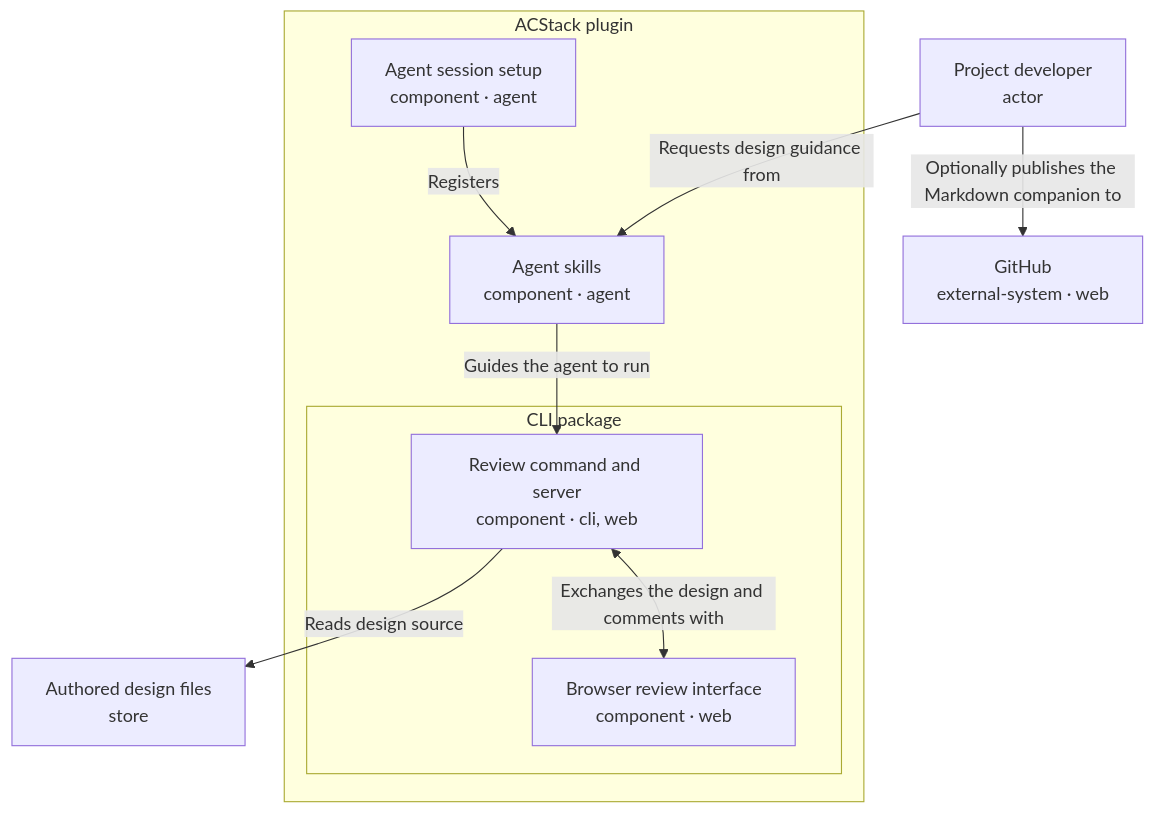
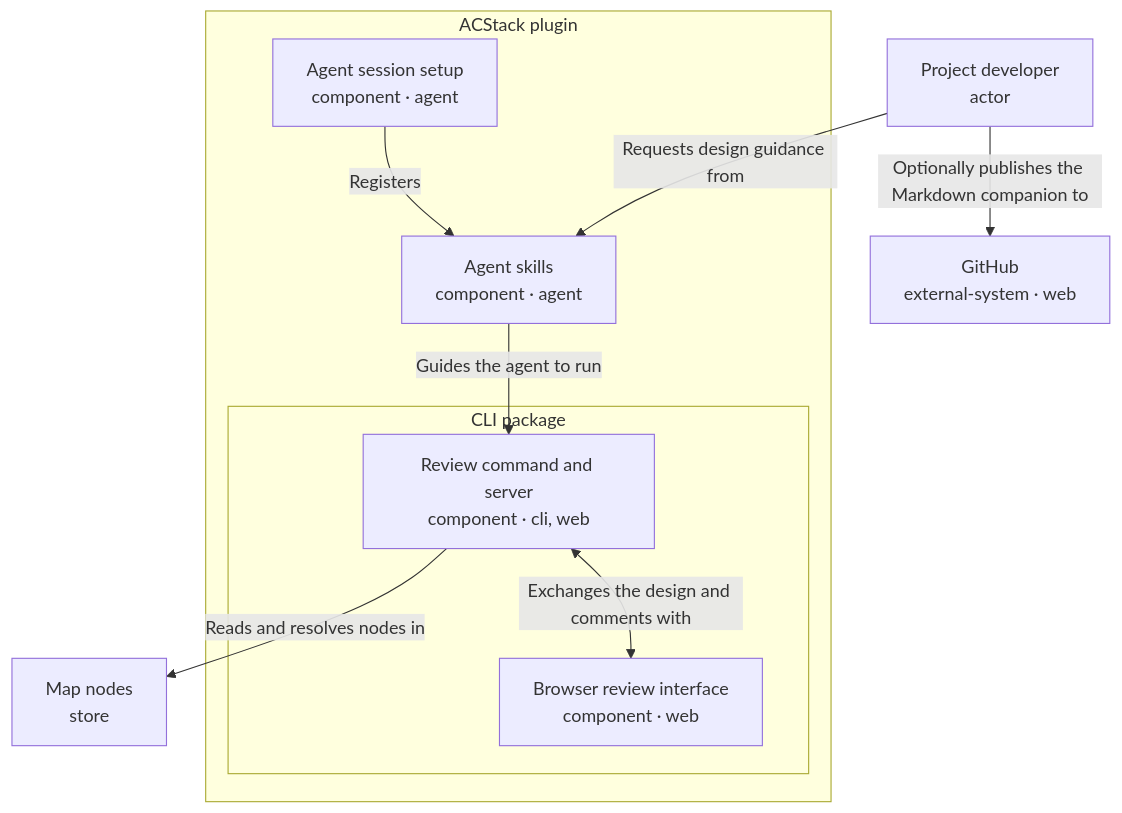
One commit to ac8318740/acstack changed the diagram in examples/design-doc/acstack/README.md. Above: the diagram before and after it, drawn with Mermaid. The commit also changed other lines of this file and 65 other files, not shown here.

First line of the commit message:
feat!: build design docs from map nodes

````diff
--- a/examples/design-doc/acstack/README.md
+++ b/examples/design-doc/acstack/README.md
@@ -7,20 +7,20 @@
 ```mermaid
 flowchart TD
-    element_user["Project developer<br/>actor"]
-    subgraph element_acstack["ACStack plugin"]
-        element_skills["Agent skills<br/>component · agent"]
-        element_host["Agent session setup<br/>component · agent"]
-        subgraph element_cli["CLI package"]
-            element_review-runtime["Review command and server<br/>component · cli, web"]
-            element_viewer["Browser review interface<br/>component · web"]
+    element_002["Project developer<br/>actor"]
+    subgraph element_003["ACStack plugin"]
+        element_004["Agent skills<br/>component · agent"]
+        element_005["Agent session setup<br/>component · agent"]
+        subgraph element_006["CLI package"]
+            element_007["Review command and server<br/>component · cli, web"]
+            element_008["Browser review interface<br/>component · web"]
         end
     end
-    element_design-source["Authored design files<br/>store"]
-    element_github["GitHub<br/>external-system · web"]
-    element_user -->|"Requests design guidance from"| element_skills
-    element_user -->|"Optionally publishes the Markdown companion to"| element_github
-    element_skills -->|"Guides the agent to run"| element_review-runtime
-    element_host -->|"Registers"| element_skills
-    element_review-runtime -->|"Reads design source"| element_design-source
-    element_review-runtime <-->|"Exchanges the design and comments with"| element_viewer
+    element_009["Map nodes<br/>store"]
+    element_010["GitHub<br/>external-system · web"]
+    element_002 -->|"Requests design guidance from"| element_004
+    element_002 -->|"Optionally publishes the Markdown companion to"| element_010
+    element_004 -->|"Guides the agent to run"| element_007
+    element_005 -->|"Registers"| element_004
+    element_007 -->|"Reads and resolves nodes in"| element_009
+    element_007 <-->|"Exchanges the design and comments with"| element_008
 ```
````
